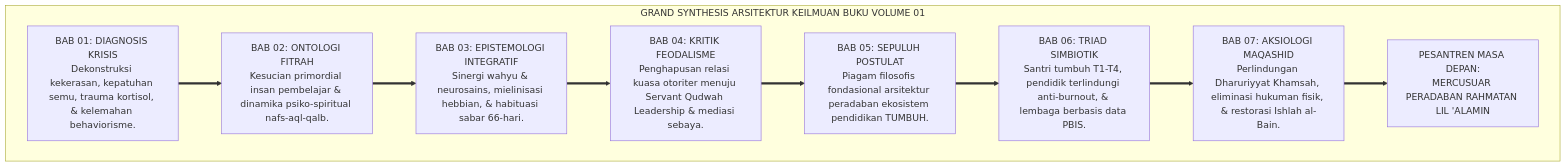
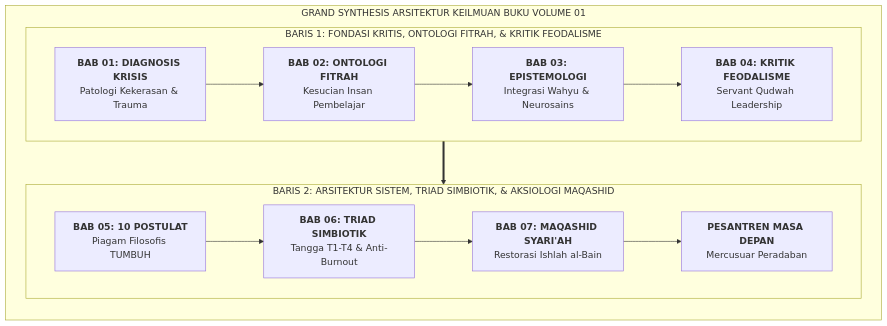
Before and after one commit to wandiapriliyandi/tumbuh: the first of 2 diagrams in BOOK-SERIES/Volume-01/Bab-07-Aksiologi-dan-Maqashid-Syariah-Pengasuhan/05-Epilog-Pesantren-Masa-Depan-Mercusuar-Peradaban.md, drawn with Mermaid. The commit also changed other lines of this file and 1 other file, not shown here.

Commit message:
style(diagram): ubah grafik Grand Synthesis 7 Bab menjadi layout 2 baris proporsional

````diff
--- a/BOOK-SERIES/Volume-01/Bab-07-Aksiologi-dan-Maqashid-Syariah-Pengasuhan/05-Epilog-Pesantren-Masa-Depan-Mercusuar-Peradaban.md
+++ b/BOOK-SERIES/Volume-01/Bab-07-Aksiologi-dan-Maqashid-Syariah-Pengasuhan/05-Epilog-Pesantren-Masa-Depan-Mercusuar-Peradaban.md
@@ -16,14 +16,22 @@
 ```mermaid
 graph TD
     subgraph GrandSynthesis["GRAND SYNTHESIS ARSITEKTUR KEILMUAN BUKU VOLUME 01"]
-        B1["BAB 01: DIAGNOSIS KRISIS<br/>Dekonstruksi kekerasan, kepatuhan semu, trauma kortisol, & kelemahan behaviorisme."]
-        B2["BAB 02: ONTOLOGI FITRAH<br/>Kesucian primordial insan pembelajar & dinamika psiko-spiritual nafs-aql-qalb."]
-        B3["BAB 03: EPISTEMOLOGI INTEGRATIF<br/>Sinergi wahyu & neurosains, mielinisasi hebbian, & habituasi sabar 66-hari."]
-        B4["BAB 04: KRITIK FEODALISME<br/>Penghapusan relasi kuasa otoriter menuju Servant Qudwah Leadership & mediasi sebaya."]
-        B5["BAB 05: SEPULUH POSTULAT<br/>Piagam filosofis fondasional arsitektur peradaban ekosistem pendidikan TUMBUH."]
-        B6["BAB 06: TRIAD SIMBIOTIK<br/>Santri tumbuh T1-T4, pendidik terlindungi anti-burnout, & lembaga berbasis data PBIS."]
-        B7["BAB 07: AKSIOLOGI MAQASHID<br/>Perlindungan Dharuriyyat Khamsah, eliminasi hukuman fisik, & restorasi Ishlah al-Bain."]
+        direction TB
         
-        B1 ==> B2 ==> B3 ==> B4 ==> B5 ==> B6 ==> B7 ==> Peradaban["PESANTREN MASA DEPAN:<br/>MERCUSUAR PERADABAN RAHMATAN LIL 'ALAMIN"]
+        subgraph Baris1["BARIS 1: FONDASI KRITIS, ONTOLOGI FITRAH, & KRITIK FEODALISME"]
+            direction LR
+            B1["<b>BAB 01: DIAGNOSIS KRISIS</b><br/>Patologi Kekerasan & Trauma"] --> B2["<b>BAB 02: ONTOLOGI FITRAH</b><br/>Kesucian Insan Pembelajar"]
+            B2 --> B3["<b>BAB 03: EPISTEMOLOGI</b><br/>Integrasi Wahyu & Neurosains"]
+            B3 --> B4["<b>BAB 04: KRITIK FEODALISME</b><br/>Servant Qudwah Leadership"]
+        end
+
+        subgraph Baris2["BARIS 2: ARSITEKTUR SISTEM, TRIAD SIMBIOTIK, & AKSIOLOGI MAQASHID"]
+            direction LR
+            B5["<b>BAB 05: 10 POSTULAT</b><br/>Piagam Filosofis TUMBUH"] --> B6["<b>BAB 06: TRIAD SIMBIOTIK</b><br/>Tangga T1-T4 & Anti-Burnout"]
+            B6 --> B7["<b>BAB 07: MAQASHID SYARI'AH</b><br/>Restorasi Ishlah al-Bain"]
+            B7 --> Goal["<b>PESANTREN MASA DEPAN</b><br/>Mercusuar Peradaban"]
+        end
+
+        Baris1 ==> Baris2
     end
 ```
````
